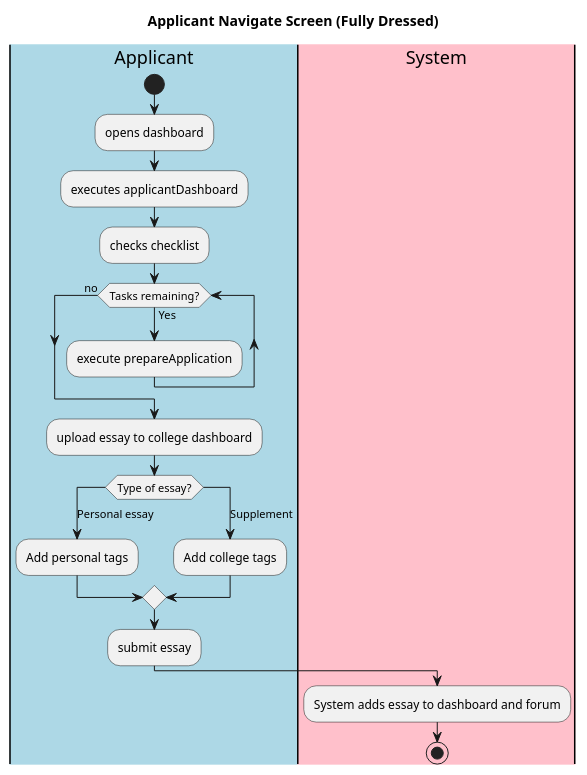
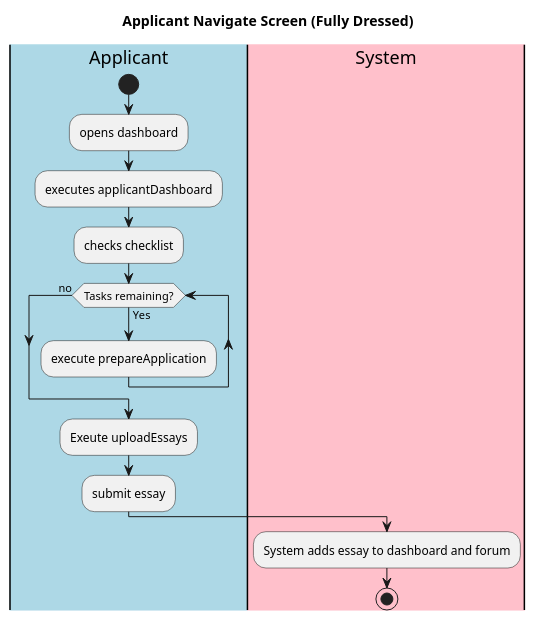
Before and after one commit to jlederer33/Essay-Review-App: the diagram in intellij/doc/use-cases/applicantnavigate.md, drawn with PlantUML. The commit also changed 2 other files, not shown here.

Commit message:
Added domain model

````diff
--- a/intellij/doc/use-cases/applicantnavigate.md
+++ b/intellij/doc/use-cases/applicantnavigate.md
@@ -2,29 +2,22 @@
 ```plantuml
 title Applicant Navigate Screen (Fully Dressed)
 |#lightblue|Applicant| 
 |#pink|System|
 
 |Applicant|
 start
 :opens dashboard;
 :executes applicantDashboard;
 |Applicant|
 :checks checklist;
 while (Tasks remaining?) is (Yes)
 :execute prepareApplication;
 endwhile(no)
 |Applicant|
-
-:upload essay to college dashboard;
-switch (Type of essay?)
-case (Personal essay)
-:Add personal tags;
-case (Supplement)
-:Add college tags;
-endswitch
+:Exeute uploadEssays;
 :submit essay;
 |System| 
 :System adds essay to dashboard and forum;
 stop
 
 ```
````
